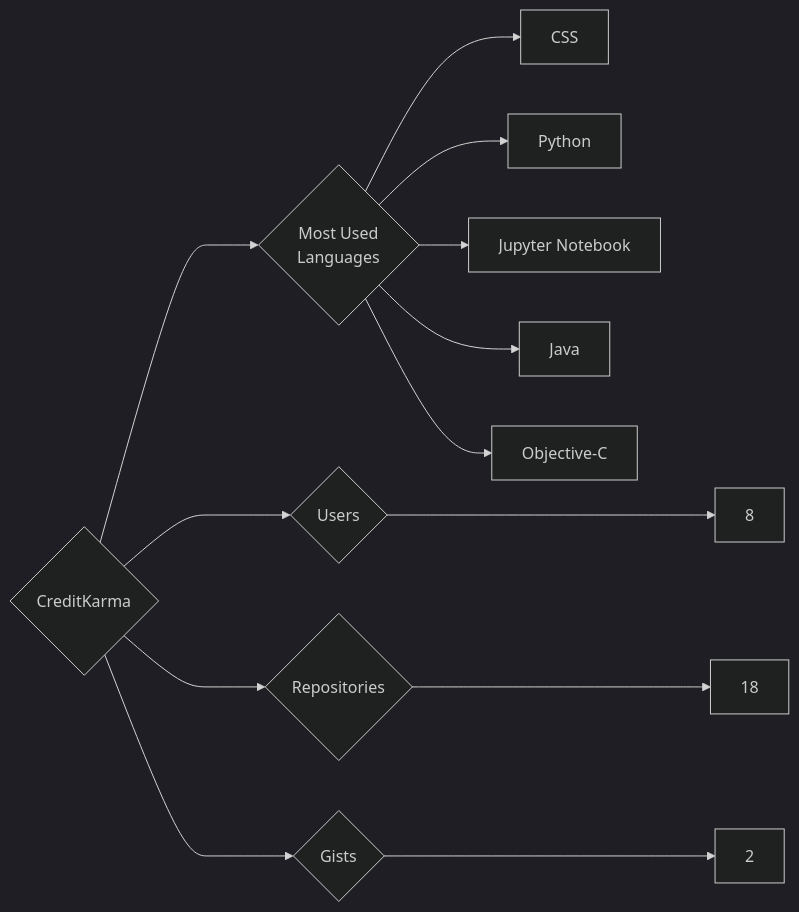
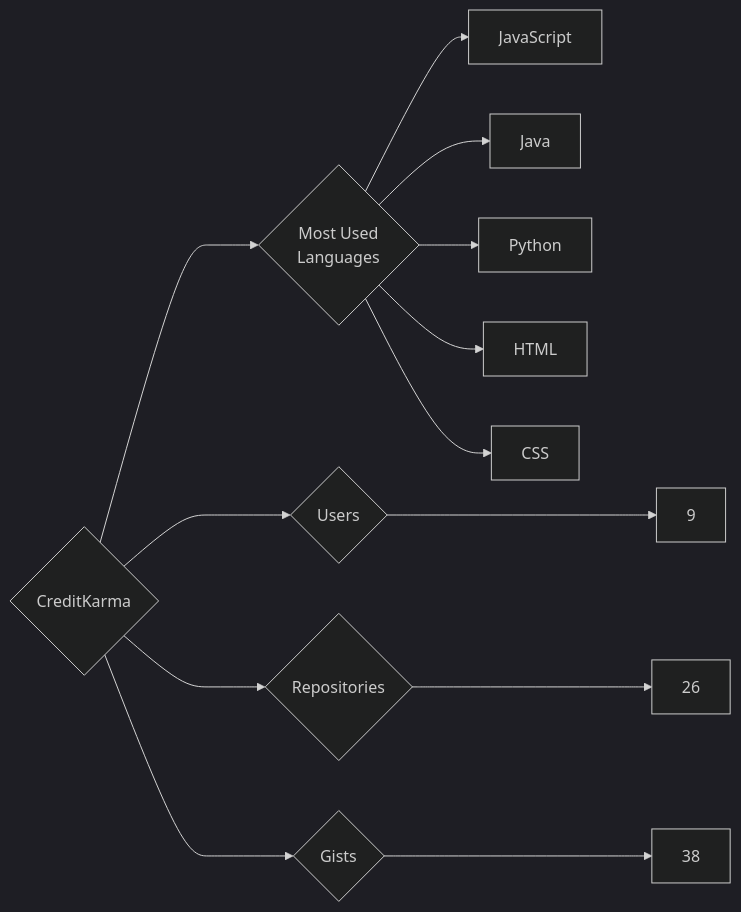
The diagram in targets/CreditKarma/README.md (trickest/insiders), drawn with Mermaid (dark theme) before and after one commit. The commit also changed 1149 other files, not shown here.

````diff
--- a/targets/CreditKarma/README.md
+++ b/targets/CreditKarma/README.md
@@ -3,13 +3,13 @@
 ```mermaid
 graph LR
 COMPANY_NAME{CreditKarma}
-COMPANY_NAME ---> U{Users} ---> UN[8]
-COMPANY_NAME ---> R{Repositories} ---> RN[18]
-COMPANY_NAME ---> G{Gists} ---> GN[2]
+COMPANY_NAME ---> U{Users} ---> UN[9]
+COMPANY_NAME ---> R{Repositories} ---> RN[26]
+COMPANY_NAME ---> G{Gists} ---> GN[38]
 COMPANY_NAME ---> ML{Most Used<br>Languages}
+ML --> JavaScript[JavaScript]
+ML --> Java[Java]
+ML --> Python[Python]
+ML --> HTML[HTML]
 ML --> CSS[CSS]
-ML --> Python[Python]
-ML --> Jupyter_Notebook[Jupyter Notebook]
-ML --> Java[Java]
-ML --> Objective-C[Objective-C]
 ```
````
